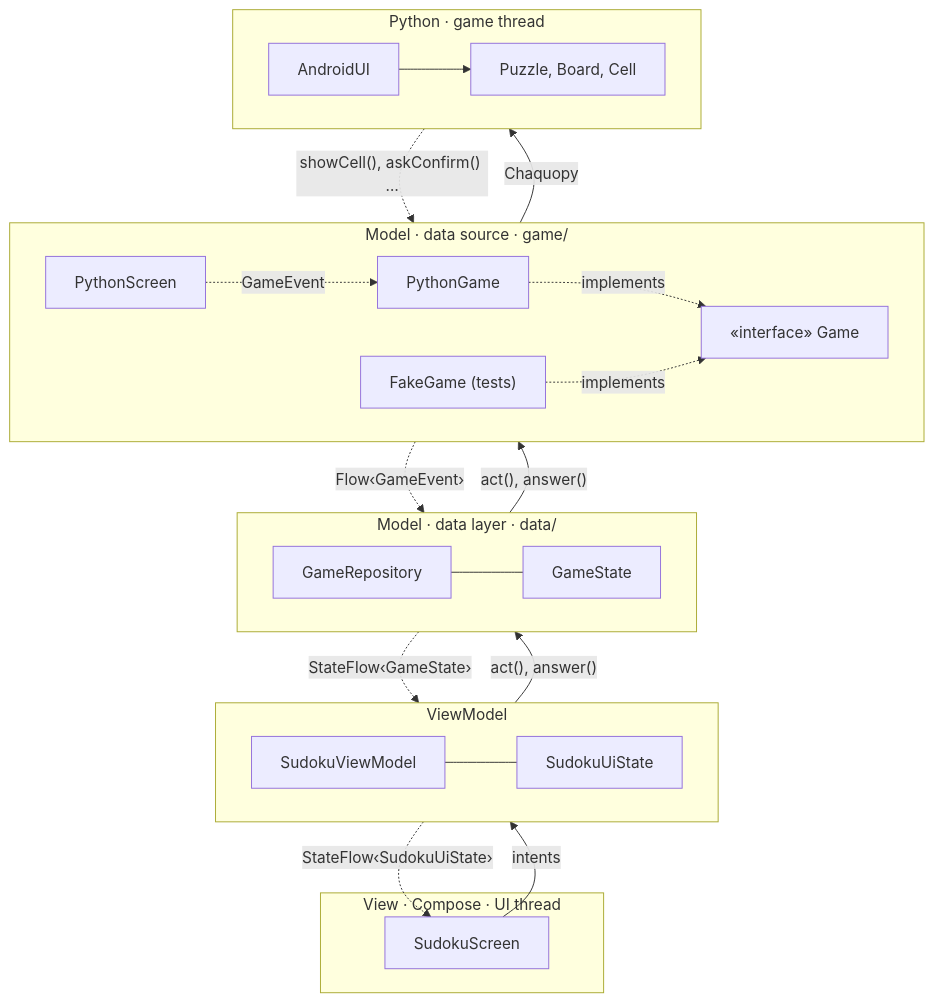
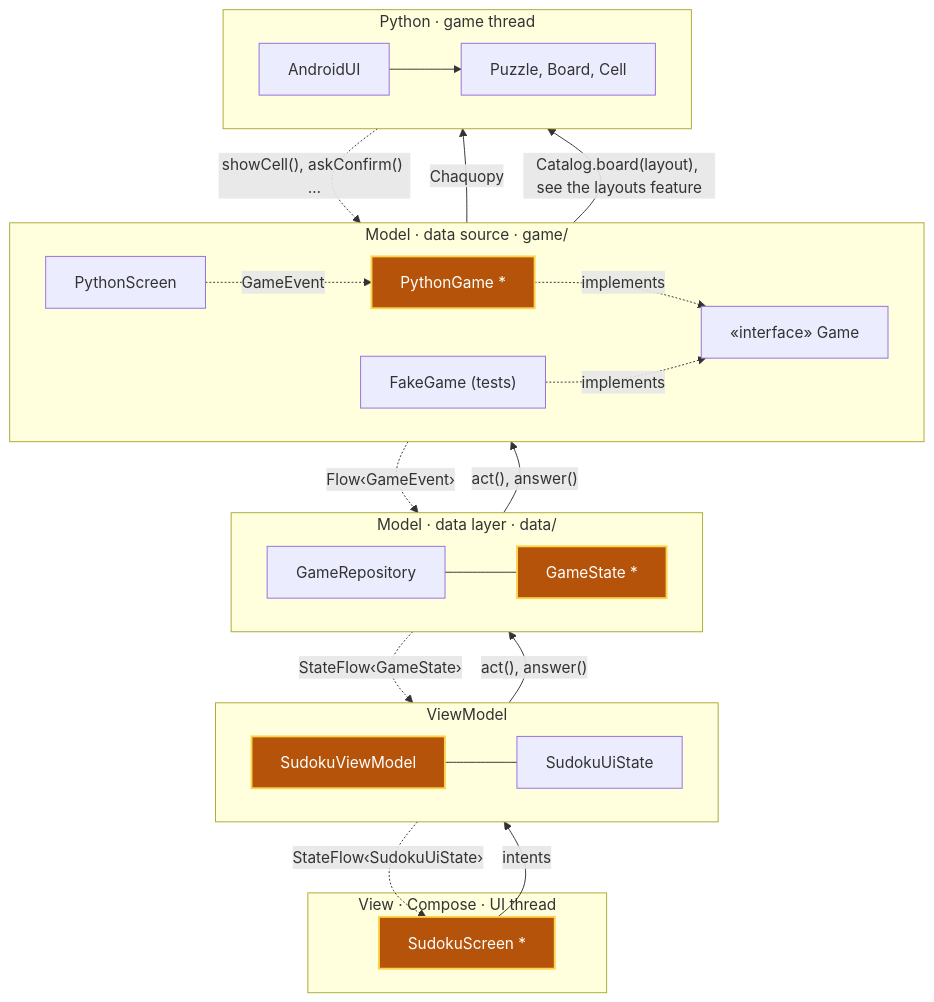
Before and after one commit to aivanov61/sudoku-solver: the fifth of 6 diagrams in android/docs/architecture.md, drawn with Mermaid. The commit also changed other lines of this file and 13 other files, not shown here.

Commit message:
List the puzzle layouts for the app through a Python Catalog and a LayoutRepository, and start each game on a layout named, with Python started once by AppPython for both

````diff
--- a/android/docs/architecture.md
+++ b/android/docs/architecture.md
@@ -129,38 +196,42 @@
 ```mermaid
 flowchart TB
     subgraph View["View · Compose · UI thread"]
-        SudokuScreen
+        SudokuScreen["SudokuScreen *"]
     end
 
     subgraph VM["ViewModel"]
         direction LR
         SudokuViewModel --- SudokuUiState
     end
 
     subgraph DataLayer["Model · data layer · data/"]
         direction LR
-        GameRepository --- GameState
+        GameRepository --- GameState["GameState *"]
     end
 
     subgraph DataSource["Model · data source · game/"]
         direction LR
-        PythonGame -. implements .-> Game["«interface» Game"]
+        PythonGame["PythonGame *"] -. implements .-> Game["«interface» Game"]
         FakeGame["FakeGame (tests)"] -. implements .-> Game
         PythonScreen
     end
 
     subgraph Python["Python · game thread"]
         direction LR
         AndroidUI --> Puzzle["Puzzle, Board, Cell"]
     end
 
     SudokuScreen -- "intents" --> SudokuViewModel
     SudokuViewModel -. "StateFlow‹SudokuUiState›" .-> SudokuScreen
     SudokuViewModel -- "act(), answer()" --> GameRepository
     GameRepository -. "StateFlow‹GameState›" .-> SudokuViewModel
     GameRepository -- "act(), answer()" --> Game
     Game -. "Flow‹GameEvent›" .-> GameRepository
     PythonGame -- "Chaquopy" --> AndroidUI
     AndroidUI -. "showCell(), askConfirm() …" .-> PythonScreen
     PythonScreen -. "GameEvent" .-> PythonGame
+    PythonGame -- "Catalog.board(layout), see the layouts feature" --> AndroidUI
+
+    classDef changed fill:#b45309,stroke:#fcd34d,stroke-width:2px,color:#ffffff
+    class SudokuViewModel,PythonGame,SudokuScreen,GameState changed
 ```
````
